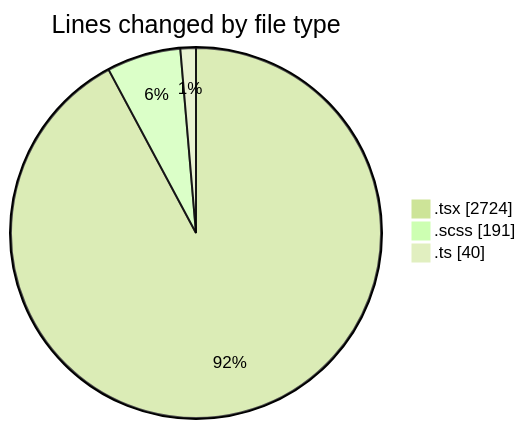
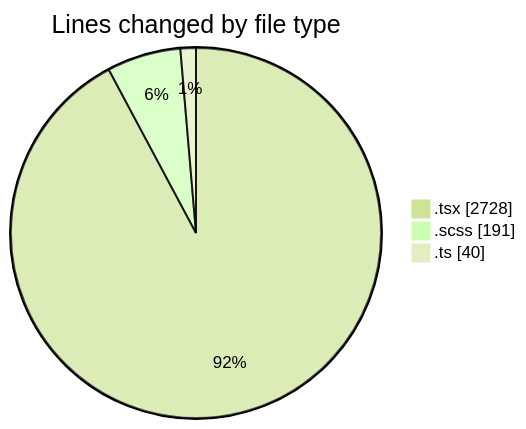
One commit to momahboobian/code-tracking changed the first of 2 diagrams in 2025-04-04/cda/README.md. Above: the diagram before and after it, drawn with Mermaid (forest theme). The commit also changed other lines of this file and 1 other file, not shown here.

````diff
--- a/2025-04-04/cda/README.md
+++ b/2025-04-04/cda/README.md
@@ -32,7 +32,7 @@
 ```mermaid
 pie showData
 title Lines changed by file type
-".tsx" : 2724
+".tsx" : 2728
 ".scss" : 191
 ".ts" : 40
 ```
````
